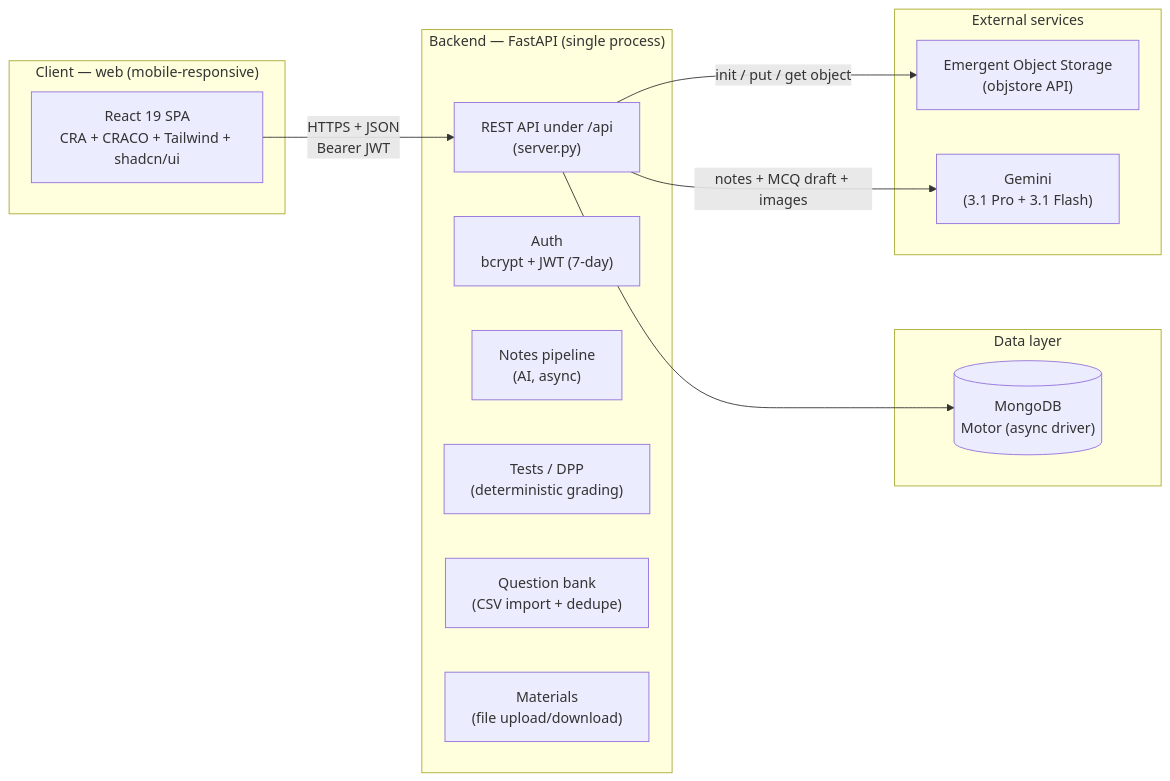
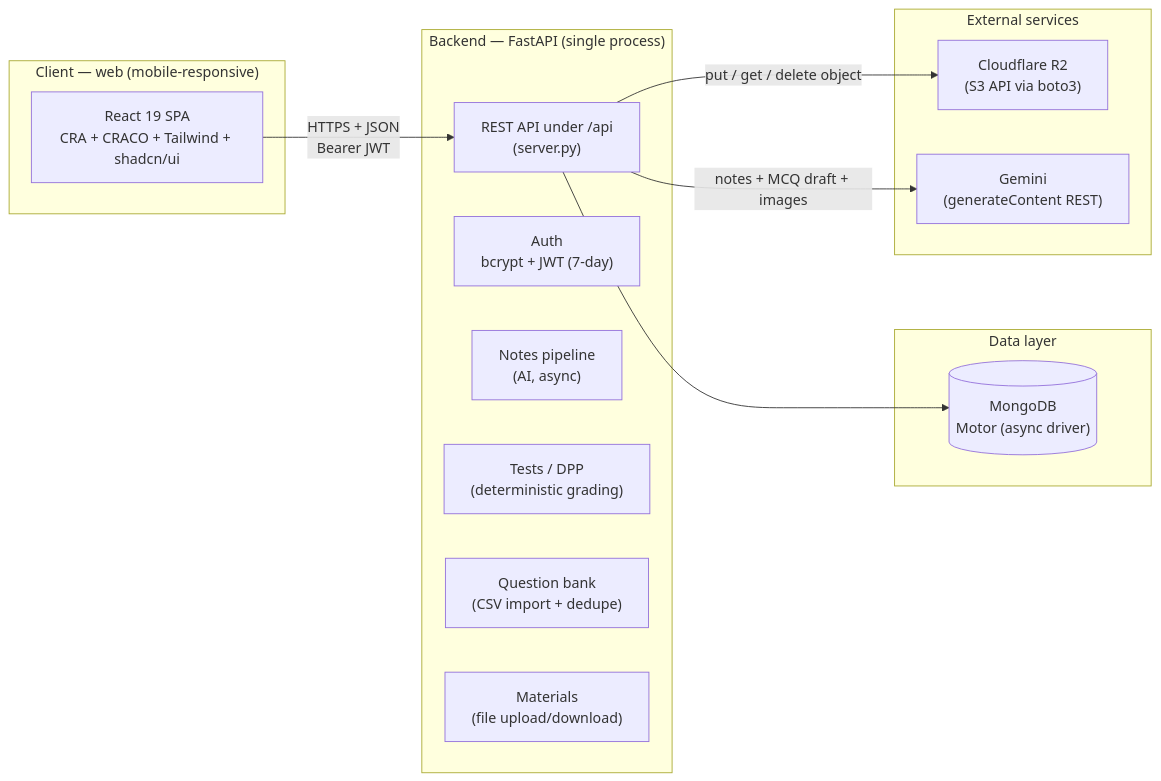
One commit to dncs122333/school-of-maths-code changed the diagram in docs/system_architecture_v2.0.md. Above: the diagram before and after it, drawn with Mermaid. The commit also changed other lines of this file and 33 other files, not shown here.

````diff
--- a/docs/system_architecture_v2.0.md
+++ b/docs/system_architecture_v2.0.md
@@ -36,29 +37,29 @@
 ```mermaid
 flowchart LR
   subgraph Client["Client — web (mobile-responsive)"]
     SPA["React 19 SPA<br/>CRA + CRACO + Tailwind + shadcn/ui"]
   end
 
   subgraph API["Backend — FastAPI (single process)"]
     HTTP["REST API under /api<br/>(server.py)"]
     AUTH["Auth<br/>bcrypt + JWT (7-day)"]
     NOTES["Notes pipeline<br/>(AI, async)"]
     TEST["Tests / DPP<br/>(deterministic grading)"]
     BANK["Question bank<br/>(CSV import + dedupe)"]
     MAT["Materials<br/>(file upload/download)"]
   end
 
   subgraph Data["Data layer"]
     MDB[("MongoDB<br/>Motor (async driver)")]
   end
 
   subgraph Ext["External services"]
-    OBJ["Emergent Object Storage<br/>(objstore API)"]
-    GEM["Gemini<br/>(3.1 Pro + 3.1 Flash)"]
+    OBJ["Cloudflare R2<br/>(S3 API via boto3)"]
+    GEM["Gemini<br/>(generateContent REST)"]
   end
 
   SPA -->|"HTTPS + JSON<br/>Bearer JWT"| HTTP
   HTTP --> MDB
-  HTTP -->|"init / put / get object"| OBJ
+  HTTP -->|"put / get / delete object"| OBJ
   HTTP -->|"notes + MCQ draft + images"| GEM
 ```
````
